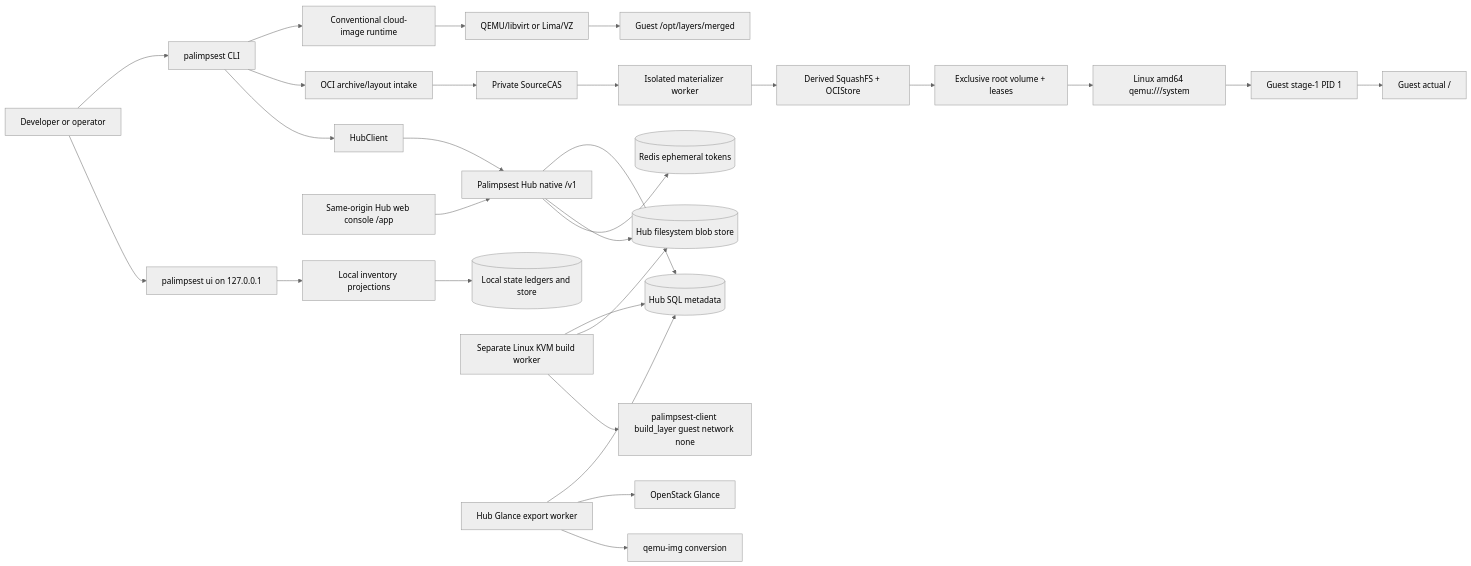
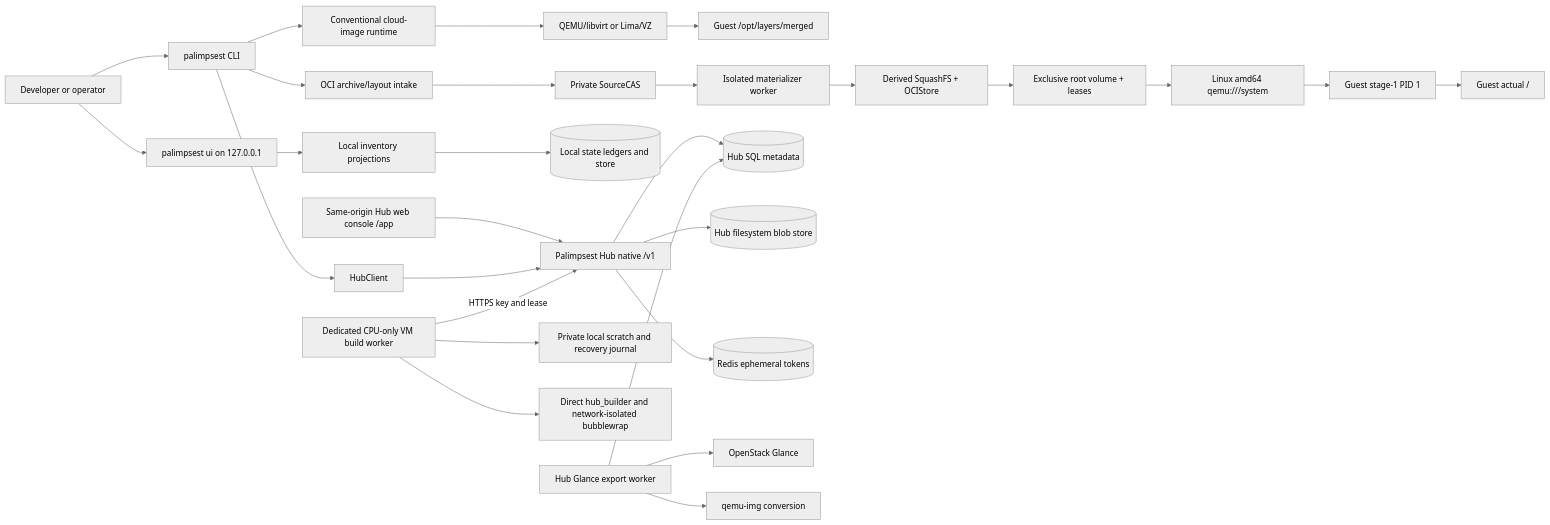
Before and after one commit to openstack-afterglow/palimpsest: the diagram in ARCHITECTURE.md, drawn with Mermaid (neutral theme). The commit also changed other lines of this file and 51 other files, not shown here.

````diff
--- a/ARCHITECTURE.md
+++ b/ARCHITECTURE.md
@@ -260,32 +265,32 @@
 ```mermaid
 flowchart LR
     user[Developer or operator] --> cli[palimpsest CLI]
     cli --> conventional[Conventional cloud-image runtime]
     conventional --> hypervisor[QEMU/libvirt or Lima/VZ]
     hypervisor --> merged[Guest /opt/layers/merged]
 
     cli --> intake[OCI archive/layout intake]
     intake --> source[Private SourceCAS]
     source --> convert[Isolated materializer worker]
     convert --> derived[Derived SquashFS + OCIStore]
     derived --> rootprep[Exclusive root volume + leases]
     rootprep --> ocihost[Linux amd64 qemu:///system]
     ocihost --> stage1[Guest stage-1 PID 1]
     stage1 --> slash[Guest actual /]
 
     user --> localui[palimpsest ui on 127.0.0.1]
     localui --> localinv[Local inventory projections]
     localinv --> localstate[(Local state ledgers and store)]
     browser[Same-origin Hub web console /app] --> hubapi
     cli --> hubclient[HubClient]
     hubclient --> hubapi[Palimpsest Hub native /v1]
     hubapi --> hubsql[(Hub SQL metadata)]
     hubapi --> hubblob[(Hub filesystem blob store)]
     hubapi --> hubredis[(Redis ephemeral tokens)]
-    hubbuild[Separate Linux KVM build worker] --> hubsql
-    hubbuild --> hubblob
-    hubbuild --> guestbuild[palimpsest-client build_layer guest network none]
+    hubbuild[Dedicated CPU-only VM build worker] -->|HTTPS key and lease| hubapi
+    hubbuild --> scratch[Private local scratch and recovery journal]
+    hubbuild --> directbuild[Direct hub_builder and network-isolated bubblewrap]
     hubworker[Hub Glance export worker] --> hubsql
     hubworker --> glance[OpenStack Glance]
     hubworker --> qemuimg[qemu-img conversion]
 ```
````
